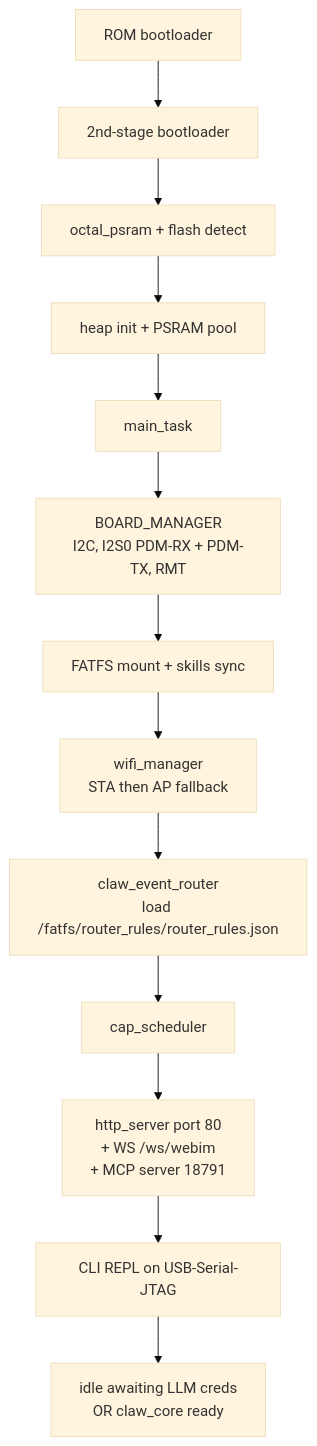
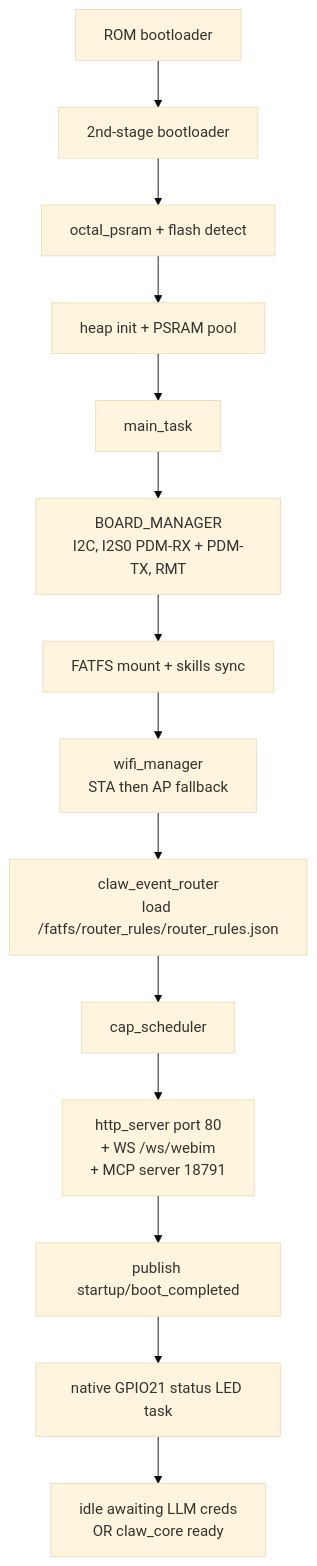
One commit to PascalAI2024/JarvisNano changed the sixth of 6 diagrams in docs/ARCHITECTURE.md. Above: the diagram before and after it, drawn with Mermaid (base theme). The commit also changed other lines of this file and 43 other files, not shown here.

````diff
--- a/docs/ARCHITECTURE.md
+++ b/docs/ARCHITECTURE.md
@@ -197,15 +202,16 @@
 ```mermaid
 flowchart TD
     A[ROM bootloader] --> B[2nd-stage bootloader]
     B --> C[octal_psram + flash detect]
     C --> D[heap init + PSRAM pool]
     D --> E[main_task]
     E --> F[BOARD_MANAGER<br/>I2C, I2S0 PDM-RX + PDM-TX, RMT]
     F --> G[FATFS mount + skills sync]
     G --> H[wifi_manager<br/>STA then AP fallback]
     H --> I[claw_event_router<br/>load /fatfs/router_rules/router_rules.json]
     I --> J[cap_scheduler]
     J --> K[http_server port 80<br/>+ WS /ws/webim<br/>+ MCP server 18791]
-    K --> L[CLI REPL on USB-Serial-JTAG]
-    L --> M[idle awaiting LLM creds<br/>OR claw_core ready]
+    K --> L[publish startup/boot_completed]
+    L --> M[native GPIO21 status LED task]
+    M --> N[idle awaiting LLM creds<br/>OR claw_core ready]
 ```
````
